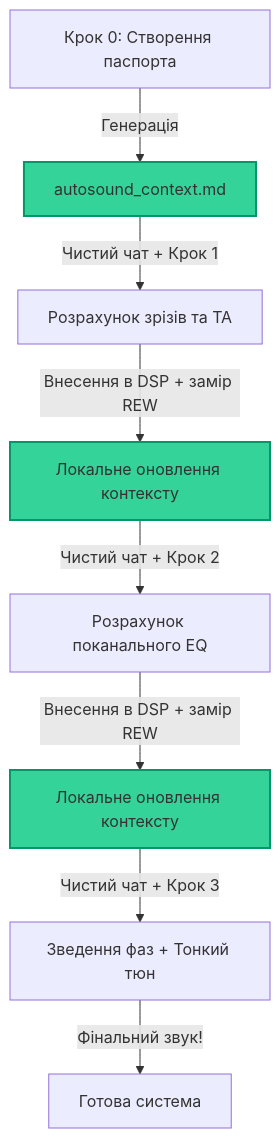
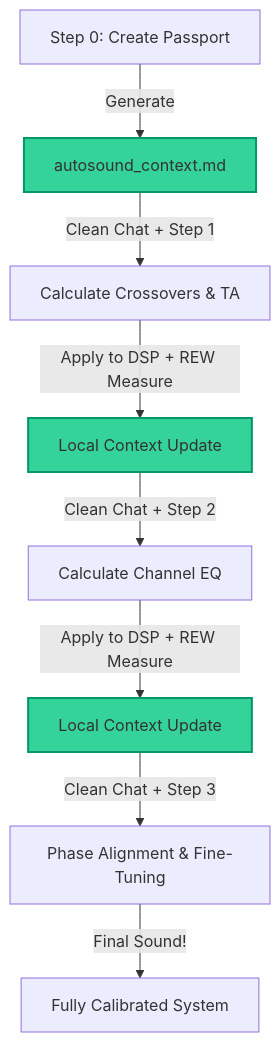
The diagram in manual_step-by-step/README.md (ayukhno/autosound-tuning-skill), drawn with Mermaid before and after one commit. The commit also changed other lines of this file and 8 other files, not shown here.

````diff
--- a/manual_step-by-step/README.md
+++ b/manual_step-by-step/README.md
@@ -25,14 +28,14 @@
 ```mermaid
 graph TD
-    A[Крок 0: Створення паспорта] -->|Генерація| B[autosound_context.md]
-    B -->|Чистий чат + Крок 1| C[Розрахунок зрізів та TA]
-    C -->|Внесення в DSP + замір REW| D[Локальне оновлення контексту]
-    D -->|Чистий чат + Крок 2| E[Розрахунок поканального EQ]
-    E -->|Внесення в DSP + замір REW| F[Локальне оновлення контексту]
-    F -->|Чистий чат + Крок 3| G[Зведення фаз + Тонкий тюн]
-    G -->|Фінальний звук!| H[Готова система]
+    A[Step 0: Create Passport] -->|Generate| B[autosound_context.md]
+    B -->|Clean Chat + Step 1| C[Calculate Crossovers & TA]
+    C -->|Apply to DSP + REW Measure| D[Local Context Update]
+    D -->|Clean Chat + Step 2| E[Calculate Channel EQ]
+    E -->|Apply to DSP + REW Measure| F[Local Context Update]
+    F -->|Clean Chat + Step 3| G[Phase Alignment & Fine-Tuning]
+    G -->|Final Sound!| H[Fully Calibrated System]
     
     style B fill:#34d399,stroke:#059669,stroke-width:2px
     style D fill:#34d399,stroke:#059669,stroke-width:2px
     style F fill:#34d399,stroke:#059669,stroke-width:2px
 ```
````
